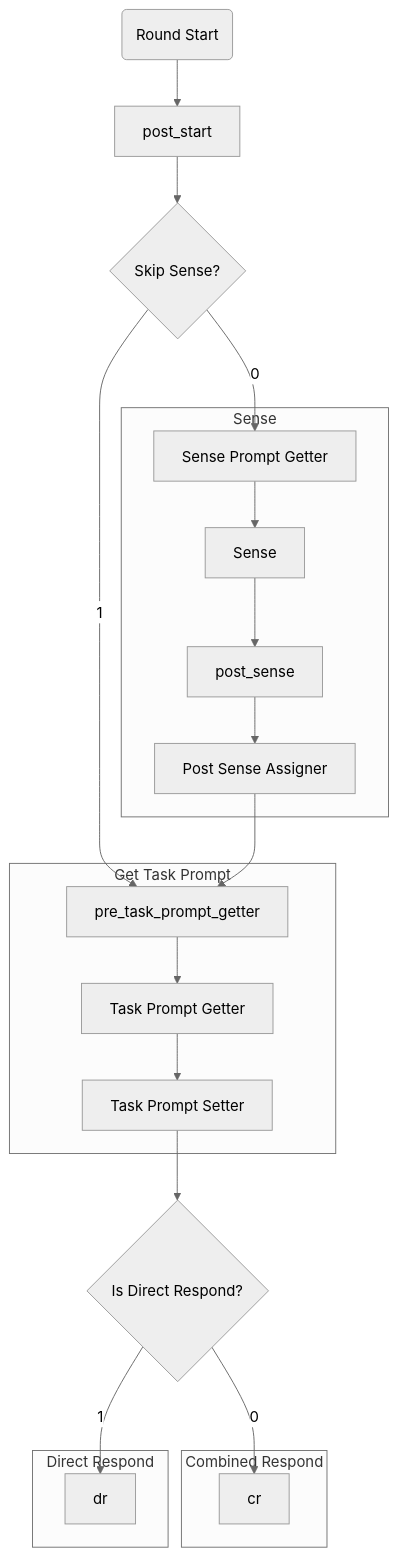
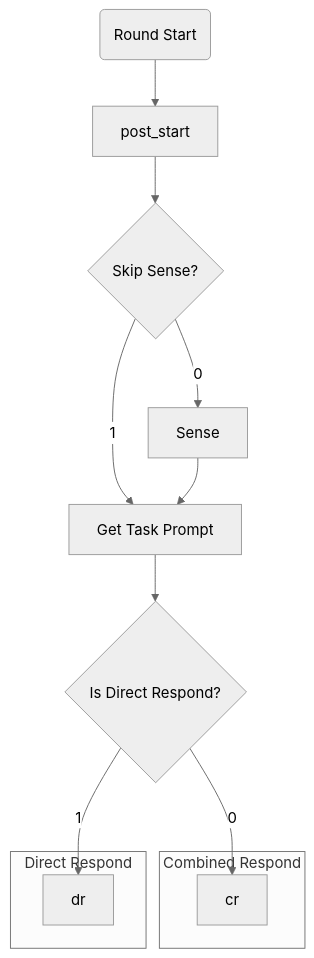
The diagram in docs/kaye_chat_doc.md (kami-lel/kaye-engine), drawn with Mermaid (neutral theme) before and after one commit. The commit also changed other lines of this file, not shown here.

Commit message:
rename static-difficulty roles; update round-flow docs
#`post_start.py` rename SKIP_SENSE_ROLES -> STATIC_DIFFICULTY_ROLES
#`kaye_chat_doc.md` docs: simplify Round Flow Logic diagram, adjust Sense flow

````diff
--- a/docs/kaye_chat_doc.md
+++ b/docs/kaye_chat_doc.md
@@ -4,32 +5,21 @@
 ```mermaid
 flowchart TD
     start(Round Start) --> pre_start
     pre_start[post_start] --> skip
-    skip{Skip Sense?} --1--> ptpg
-    skip --0--> sg
+    skip{Skip Sense?} --1--> tp
+    skip --0--> sense
 
-    subgraph Sense
-    sg[Sense Prompt Getter] --> sense
-    sense[Sense] --> ps
-    ps[post_sense] --> psa
-    end
-    psa[Post Sense Assigner] --> ptpg
+    sense[Sense] --> tp
+    tp[Get Task Prompt]-->idr
 
-    subgraph Get Task Prompt
-    ptpg[pre_task_prompt_getter] --> tpg
-    tpg[Task Prompt Getter] --> tps
-    tps[Task Prompt Setter]
-    end
-
-    tps-->idr
     idr{Is Direct Respond?} --1-->dr
     idr --0--> cr
 
     subgraph Combined Respond
     cr
     end
 
     subgraph Direct Respond
     dr
     end
 ```
````
